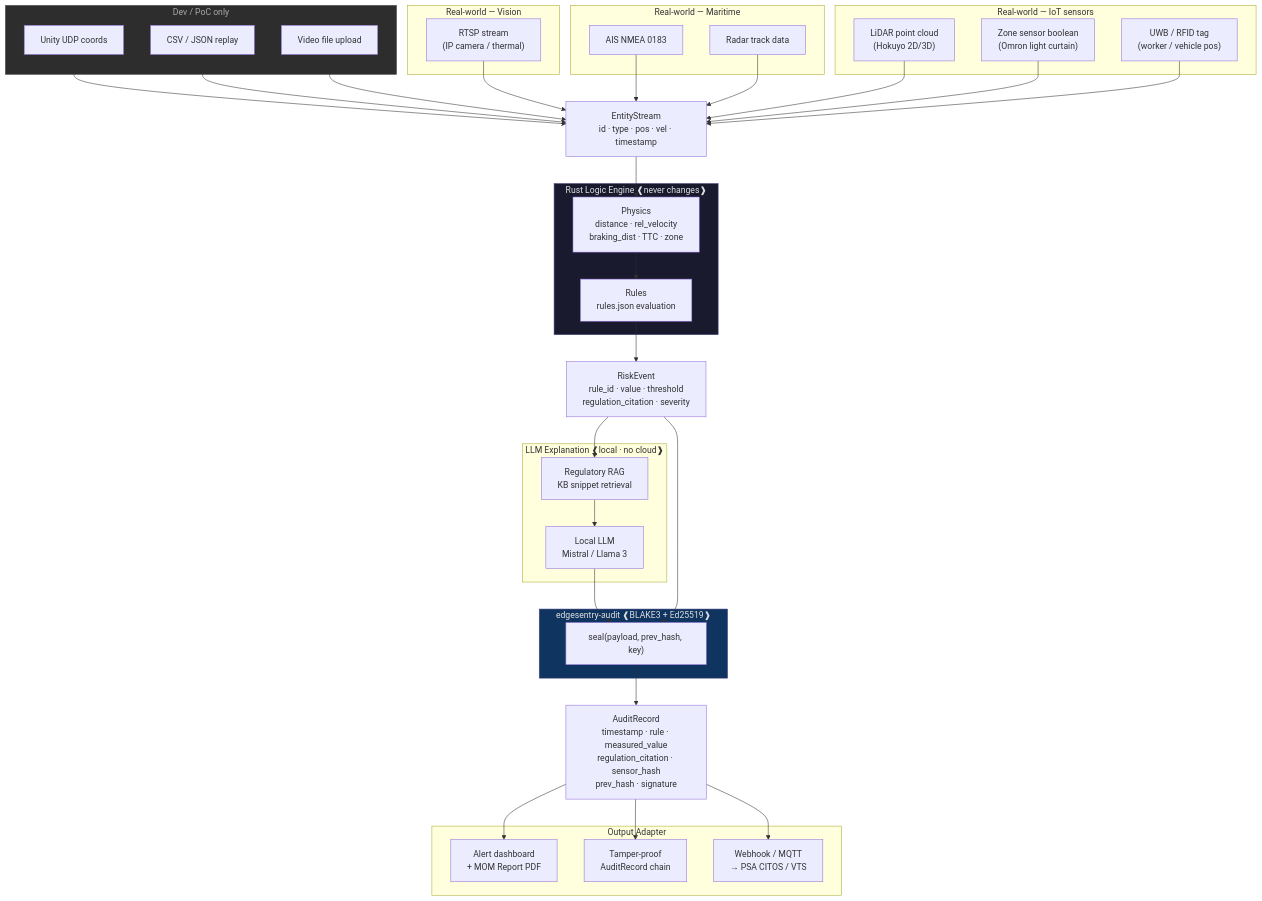
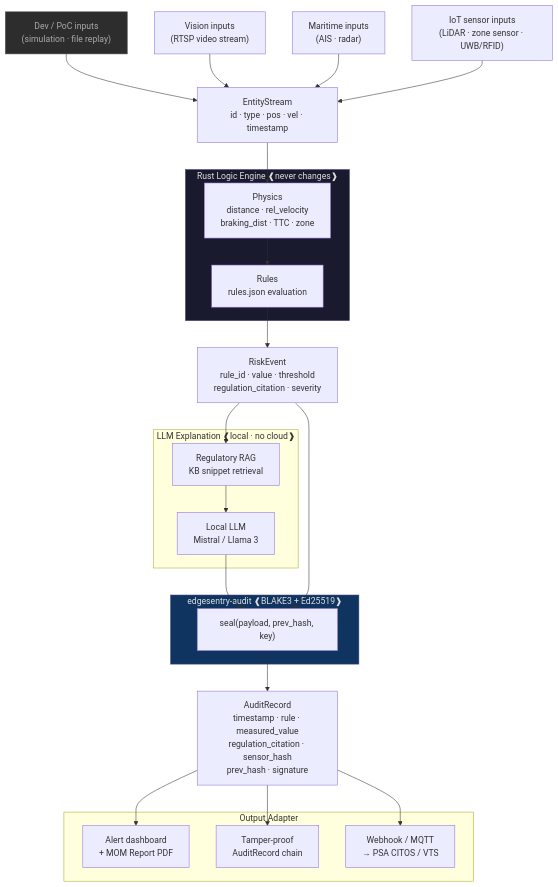
One commit to edgesentry/clarus changed the diagram in docs/roadmap1-poc.md. Above: the diagram before and after it, drawn with Mermaid. The commit also changed other lines of this file, not shown here.

Commit message:
docs: simplify Mermaid to 4 input categories; move detail to separate tables

````diff
--- a/docs/roadmap1-poc.md
+++ b/docs/roadmap1-poc.md
@@ -11,74 +11,53 @@
 ```mermaid
 flowchart TD
-    subgraph Dev["Dev / PoC only"]
-        U["Unity UDP coords"]
-        CSV["CSV / JSON replay"]
-        VF["Video file upload"]
-    end
-
-    subgraph Vision["Real-world — Vision"]
-        RT["RTSP stream<br/>(IP camera / thermal)"]
-    end
-
-    subgraph Maritime["Real-world — Maritime"]
-        AIS["AIS NMEA 0183"]
-        RAD["Radar track data"]
-    end
-
-    subgraph IoT["Real-world — IoT sensors"]
-        LI["LiDAR point cloud<br/>(Hokuyo 2D/3D)"]
-        ZS["Zone sensor boolean<br/>(Omron light curtain)"]
-        UWB["UWB / RFID tag<br/>(worker / vehicle pos)"]
-    end
+    DEV["Dev / PoC inputs<br/>(simulation · file replay)"]
+    VIS["Vision inputs<br/>(RTSP video stream)"]
+    MAR["Maritime inputs<br/>(AIS · radar)"]
+    IOT["IoT sensor inputs<br/>(LiDAR · zone sensor · UWB/RFID)"]
 
     ES["EntityStream<br/>id · type · pos · vel · timestamp"]
 
     subgraph Engine["Rust Logic Engine  ❰never changes❱"]
         P["Physics<br/>distance · rel_velocity<br/>braking_dist · TTC · zone"]
         RU["Rules<br/>rules.json evaluation"]
     end
 
     RE["RiskEvent<br/>rule_id · value · threshold<br/>regulation_citation · severity"]
 
     subgraph Explanation["LLM Explanation  ❰local · no cloud❱"]
         RAG["Regulatory RAG<br/>KB snippet retrieval"]
         LLM["Local LLM<br/>Mistral / Llama 3"]
     end
 
     subgraph Audit["edgesentry-audit  ❰BLAKE3 + Ed25519❱"]
         SEAL["seal(payload, prev_hash, key)"]
     end
 
     AR["AuditRecord<br/>timestamp · rule · measured_value<br/>regulation_citation · sensor_hash<br/>prev_hash · signature"]
 
     subgraph Output["Output Adapter"]
         DASH["Alert dashboard<br/>+ MOM Report PDF"]
         CHAIN["Tamper-proof<br/>AuditRecord chain"]
         API["Webhook / MQTT<br/>→ PSA CITOS / VTS"]
     end
 
-    U --> ES
-    CSV --> ES
-    VF --> ES
-    RT --> ES
-    AIS --> ES
-    RAD --> ES
-    LI --> ES
-    ZS --> ES
-    UWB --> ES
+    DEV --> ES
+    VIS --> ES
+    MAR --> ES
+    IOT --> ES
     ES --> P
     P --> RU
     RU --> RE
     RE --> RAG
     RAG --> LLM
     LLM --> SEAL
     RE --> SEAL
     SEAL --> AR
     AR --> DASH
     AR --> CHAIN
     AR --> API
 
     style Engine fill:#1a1a2e,color:#e0e0e0,stroke:#4a4a8a
     style Audit fill:#0f3460,color:#e0e0e0,stroke:#4a4a8a
-    style Dev fill:#2d2d2d,color:#aaaaaa,stroke:#555555
+    style DEV fill:#2d2d2d,color:#aaaaaa,stroke:#555555
 ```
````
